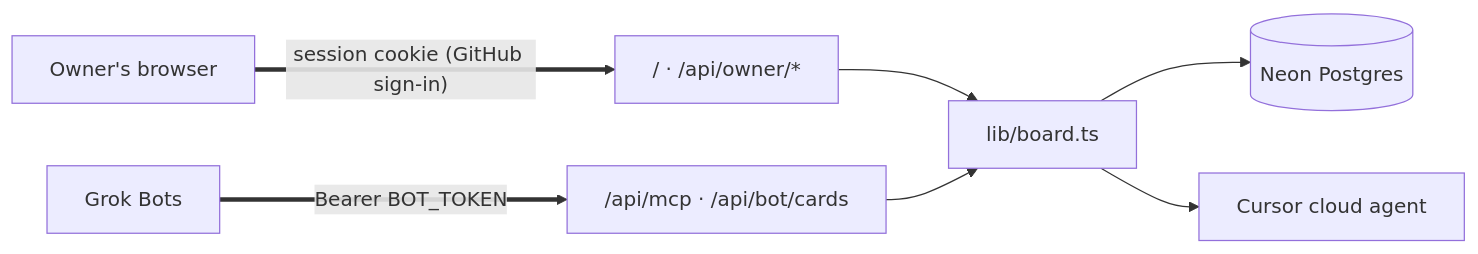
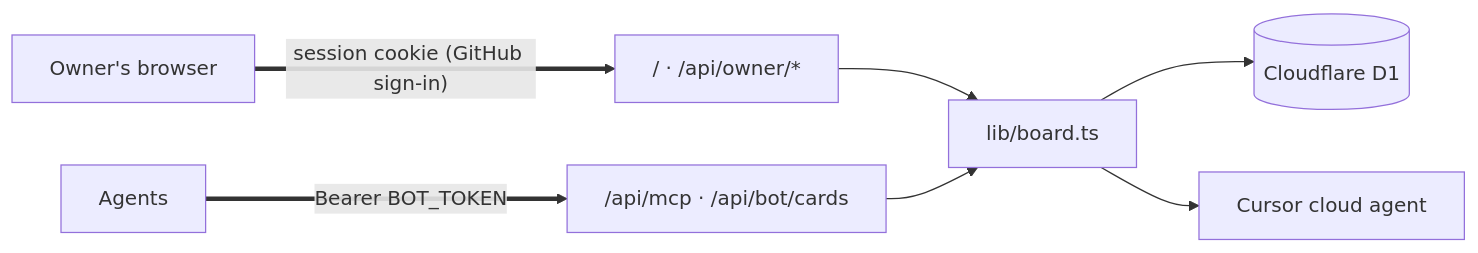
The diagram in README.md (s-hiraoku/hab-kanban), drawn with Mermaid before and after one commit. The commit also changed other lines of this file and 26 other files, not shown here.

First line of the commit message:
Move the board from Neon and Vercel to Cloudflare D1 and Workers

````diff
--- a/README.md
+++ b/README.md
@@ -11,9 +15,9 @@
 ```mermaid
 flowchart LR
     browser["Owner's browser"] == "session cookie (GitHub sign-in)" ==> owner["/ · /api/owner/*"]
-    bots["Grok Bots"] == "Bearer BOT_TOKEN" ==> bot["/api/mcp · /api/bot/cards"]
+    bots["Agents"] == "Bearer BOT_TOKEN" ==> bot["/api/mcp · /api/bot/cards"]
     owner --> board["lib/board.ts"]
     bot --> board
-    board --> neon[("Neon Postgres")]
+    board --> d1[("Cloudflare D1")]
     board --> cursor["Cursor cloud agent"]
 ```
````
